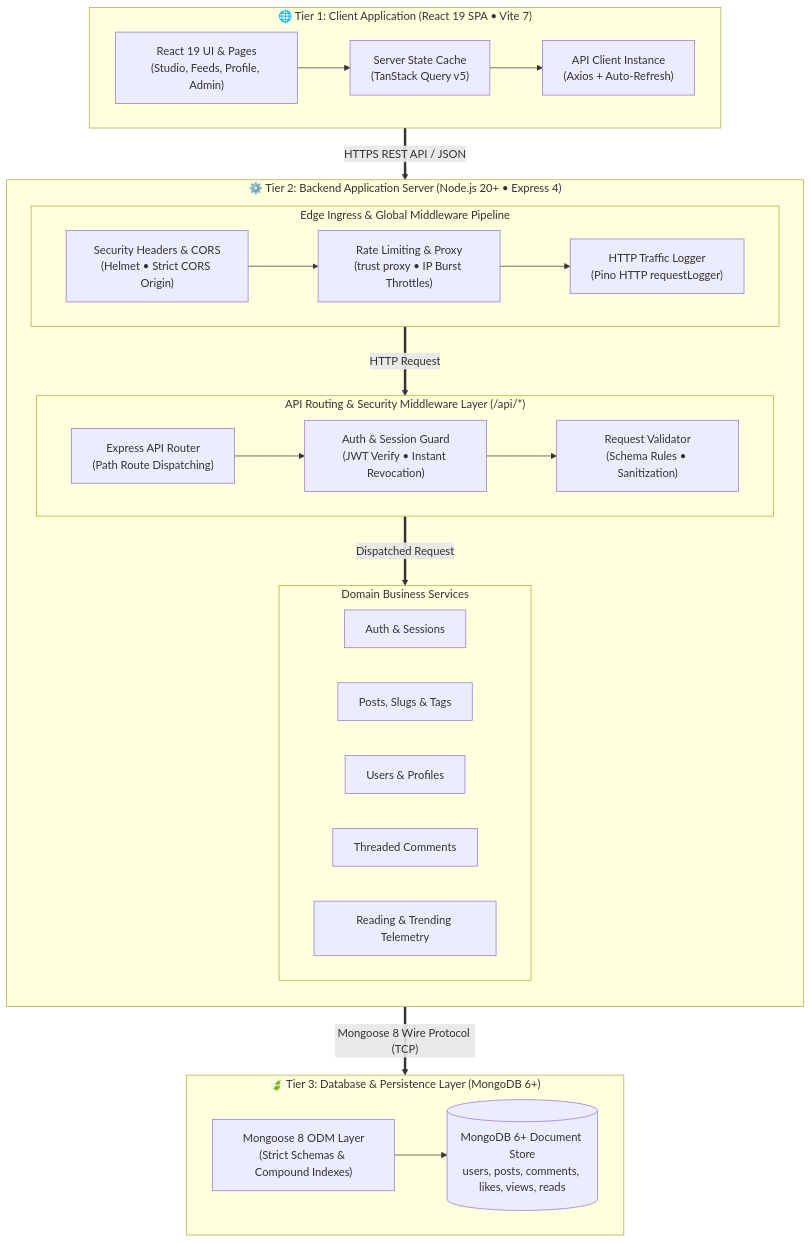
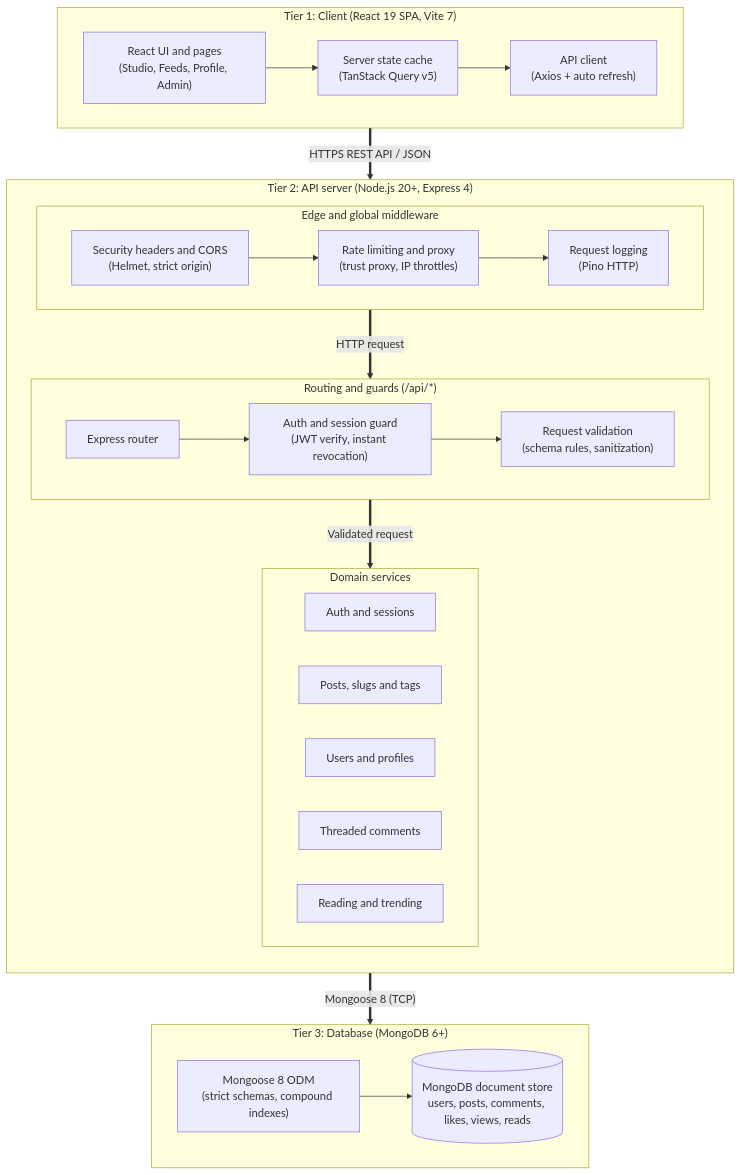
One commit to Purvesh-PJ/bloghub changed the diagram in ARCHITECTURE.md. Above: the diagram before and after it, drawn with Mermaid. The commit also changed other lines of this file and 10 other files, not shown here.

````diff
--- a/ARCHITECTURE.md
+++ b/ARCHITECTURE.md
@@ -30,64 +23,53 @@
 ```mermaid
 flowchart TD
-    %% ===================================================
-    %% TIER 1: CLIENT TIER (React 19 SPA)
-    %% ===================================================
-    subgraph Tier1["🌐 Tier 1: Client Application (React 19 SPA • Vite 7)"]
+    subgraph Tier1["Tier 1: Client (React 19 SPA, Vite 7)"]
         direction LR
-        UI["React 19 UI & Pages<br/>(Studio, Feeds, Profile, Admin)"]
-        Cache["Server State Cache<br/>(TanStack Query v5)"]
-        Http["API Client Instance<br/>(Axios + Auto-Refresh)"]
+        UI["React UI and pages<br/>(Studio, Feeds, Profile, Admin)"]
+        Cache["Server state cache<br/>(TanStack Query v5)"]
+        Http["API client<br/>(Axios + auto refresh)"]
         UI --> Cache --> Http
     end
 
-    %% Network Transport Boundary
     Http ==>|"HTTPS REST API / JSON"| Ingress
 
-    %% ===================================================
-    %% TIER 2: SERVER APPLICATION TIER (Express 4)
-    %% ===================================================
-    subgraph Tier2["⚙️ Tier 2: Backend Application Server (Node.js 20+ • Express 4)"]
+    subgraph Tier2["Tier 2: API server (Node.js 20+, Express 4)"]
         direction TB
 
-        subgraph IngressPipeline["Edge Ingress & Global Middleware Pipeline"]
+        subgraph IngressPipeline["Edge and global middleware"]
             direction LR
-            Ingress["Security Headers & CORS<br/>(Helmet • Strict CORS Origin)"]
-            RateLimit["Rate Limiting & Proxy<br/>(trust proxy • IP Burst Throttles)"]
-            Logging["HTTP Traffic Logger<br/>(Pino HTTP requestLogger)"]
+            Ingress["Security headers and CORS<br/>(Helmet, strict origin)"]
+            RateLimit["Rate limiting and proxy<br/>(trust proxy, IP throttles)"]
+            Logging["Request logging<br/>(Pino HTTP)"]
             Ingress --> RateLimit --> Logging
         end
 
-        subgraph RoutingGuards["API Routing & Security Middleware Layer (/api/*)"]
+        subgraph RoutingGuards["Routing and guards (/api/*)"]
             direction LR
-            Router["Express API Router<br/>(Path Route Dispatching)"]
-            AuthGuard["Auth & Session Guard<br/>(JWT Verify • Instant Revocation)"]
-            Validation["Request Validator<br/>(Schema Rules • Sanitization)"]
+            Router["Express router"]
+            AuthGuard["Auth and session guard<br/>(JWT verify, instant revocation)"]
+            Validation["Request validation<br/>(schema rules, sanitization)"]
             Router --> AuthGuard --> Validation
         end
 
-        subgraph DomainServices["Domain Business Services"]
+        subgraph DomainServices["Domain services"]
             direction LR
-            AuthSvc["Auth & Sessions"]
-            PostSvc["Posts, Slugs & Tags"]
-            UserSvc["Users & Profiles"]
-            CommentSvc["Threaded Comments"]
-            AnalyticsSvc["Reading & Trending Telemetry"]
+            AuthSvc["Auth and sessions"]
+            PostSvc["Posts, slugs and tags"]
+            UserSvc["Users and profiles"]
+            CommentSvc["Threaded comments"]
+            AnalyticsSvc["Reading and trending"]
         end
 
-        Logging ==>|"HTTP Request"| Router
-        Validation ==>|"Dispatched Request"| DomainServices
+        Logging ==>|"HTTP request"| Router
+        Validation ==>|"Validated request"| DomainServices
     end
 
-    %% Database Transport Boundary
-    DomainServices ==>|"Mongoose 8 Wire Protocol (TCP)"| ODM
+    DomainServices ==>|"Mongoose 8 (TCP)"| ODM
 
-    %% ===================================================
-    %% TIER 3: DATABASE TIER (MongoDB 6+)
-    %% ===================================================
-    subgraph Tier3["🍃 Tier 3: Database & Persistence Layer (MongoDB 6+)"]
+    subgraph Tier3["Tier 3: Database (MongoDB 6+)"]
         direction LR
-        ODM["Mongoose 8 ODM Layer<br/>(Strict Schemas & Compound Indexes)"]
-        DB[("MongoDB 6+ Document Store<br/>users, posts, comments, likes, views, reads")]
+        ODM["Mongoose 8 ODM<br/>(strict schemas, compound indexes)"]
+        DB[("MongoDB document store<br/>users, posts, comments, likes, views, reads")]
         ODM --> DB
     end
 ```
````
